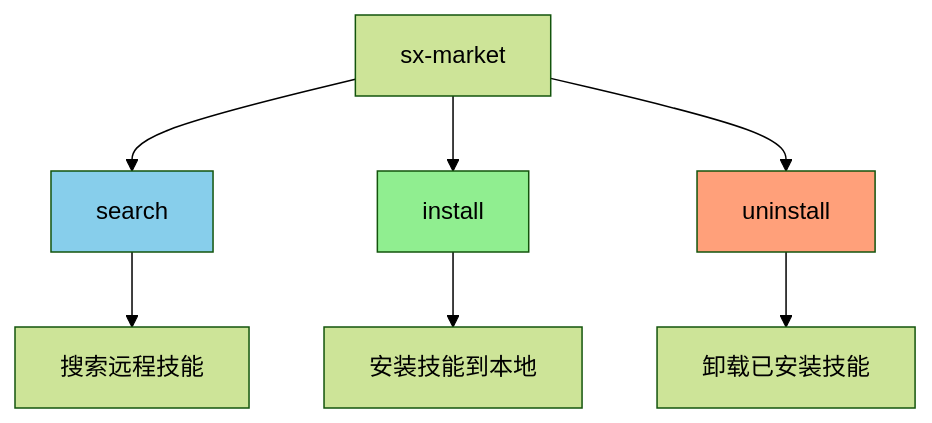
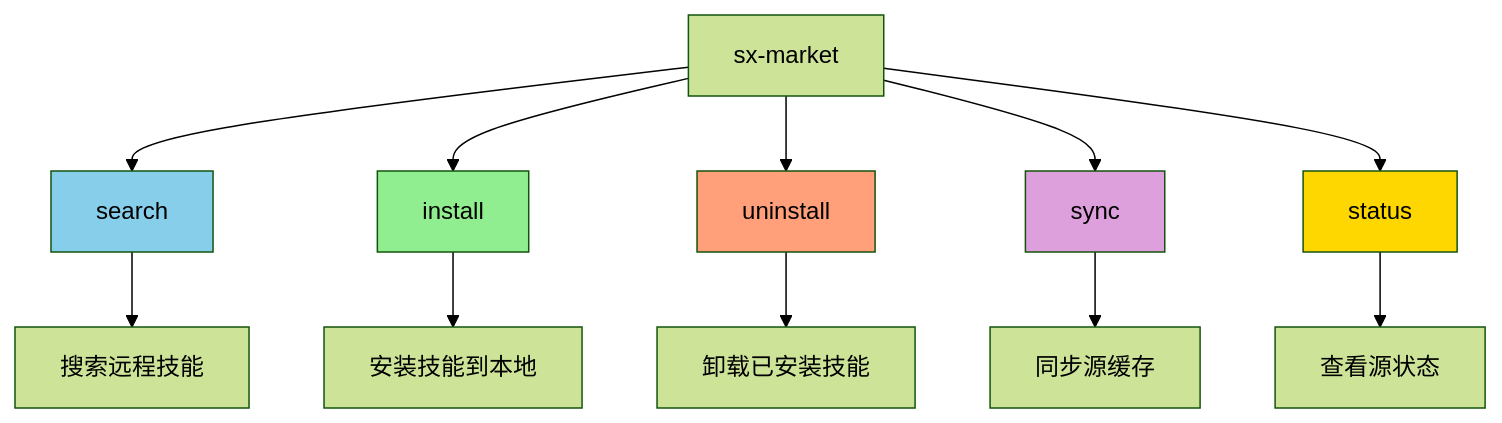
The second of 26 diagrams in docs/02-设计/20260114-10-sx-market设计.md (shetengteng/skillix-mcp), drawn with Mermaid (forest theme) before and after one commit. The commit also changed other lines of this file and 32 other files, not shown here.

````diff
--- a/docs/02-设计/20260114-10-sx-market设计.md
+++ b/docs/02-设计/20260114-10-sx-market设计.md
@@ -65,14 +65,20 @@
 ```mermaid
 flowchart TD
     A[sx-market] --> B[search]
     A --> C[install]
     A --> D[uninstall]
+    A --> E[sync]
+    A --> F[status]
     
     B --> B1[搜索远程技能]
     C --> C1[安装技能到本地]
     D --> D1[卸载已安装技能]
+    E --> E1[同步源缓存]
+    F --> F1[查看源状态]
     
     style B fill:#87CEEB
     style C fill:#90EE90
     style D fill:#FFA07A
+    style E fill:#DDA0DD
+    style F fill:#FFD700
 ```
````
